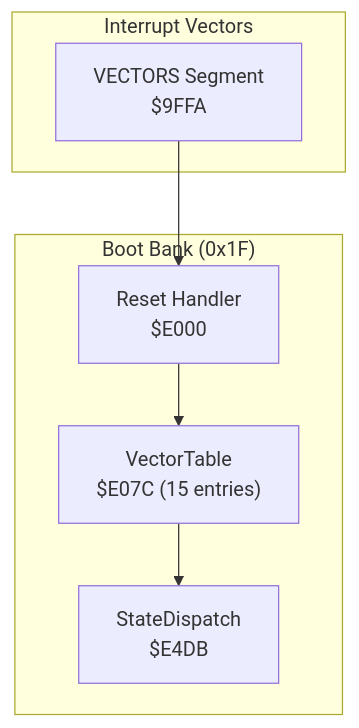
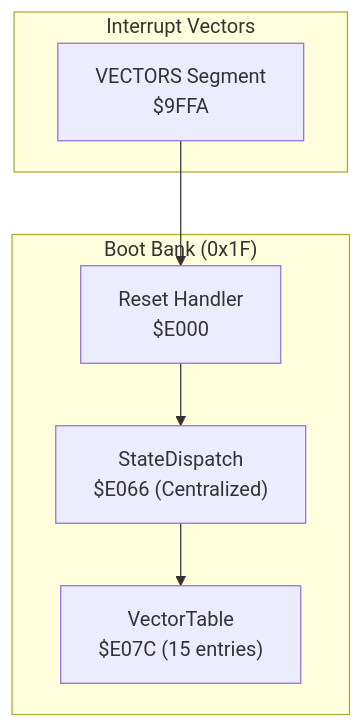
One commit to rabbyzero/sango2dasm changed the first of 5 diagrams in .qoder/repowiki/en/content/Game State Management/State Machine Architecture/Vector Dispatch Mechanism.md. Above: the diagram before and after it, drawn with Mermaid. The commit also changed other lines of this file and 9 other files, not shown here.

````diff
--- a/.qoder/repowiki/en/content/Game State Management/State Machine Architecture/Vector Dispatch Mechanism.md
+++ b/.qoder/repowiki/en/content/Game State Management/State Machine Architecture/Vector Dispatch Mechanism.md
@@ -27,14 +35,14 @@
 ```mermaid
 graph TB
 subgraph "Boot Bank (0x1F)"
 Reset["Reset Handler<br/>$E000"]
-Dispatch["StateDispatch<br/>$E4DB"]
+StateDispatch["StateDispatch<br/>$E066 (Centralized)"]
 VT["VectorTable<br/>$E07C (15 entries)"]
 end
 subgraph "Interrupt Vectors"
 Vectors["VECTORS Segment<br/>$9FFA"]
 end
-Reset --> VT
-VT --> Dispatch
+Reset --> StateDispatch
+StateDispatch --> VT
 Vectors --> Reset
 ```
````
